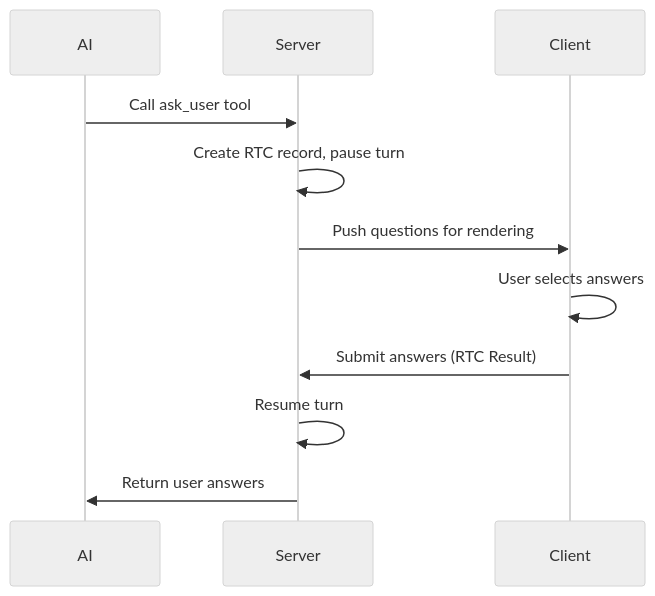
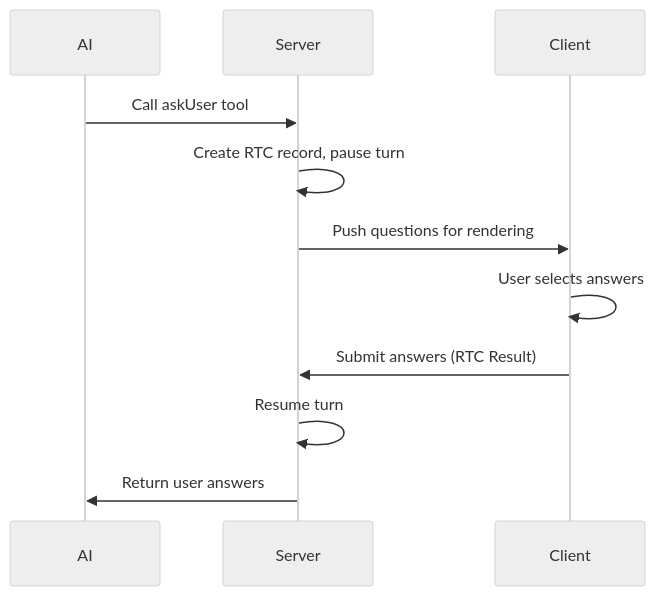
Before and after one commit to rtc-agent/docs: the fourth of 4 diagrams in src/content/docs/en/features/llm-tools.md, drawn with Mermaid (neutral theme). The commit also changed other lines of this file and 13 other files, not shown here.

````diff
--- a/src/content/docs/en/features/llm-tools.md
+++ b/src/content/docs/en/features/llm-tools.md
@@ -213,14 +221,14 @@
 ```mermaid
 sequenceDiagram
     participant AI
     participant Server
     participant Client
 
-    AI->>Server: Call ask_user tool
+    AI->>Server: Call askUser tool
     Server->>Server: Create RTC record, pause turn
     Server->>Client: Push questions for rendering
     Client->>Client: User selects answers
     Client->>Server: Submit answers (RTC Result)
     Server->>Server: Resume turn
     Server->>AI: Return user answers
 ```
````
